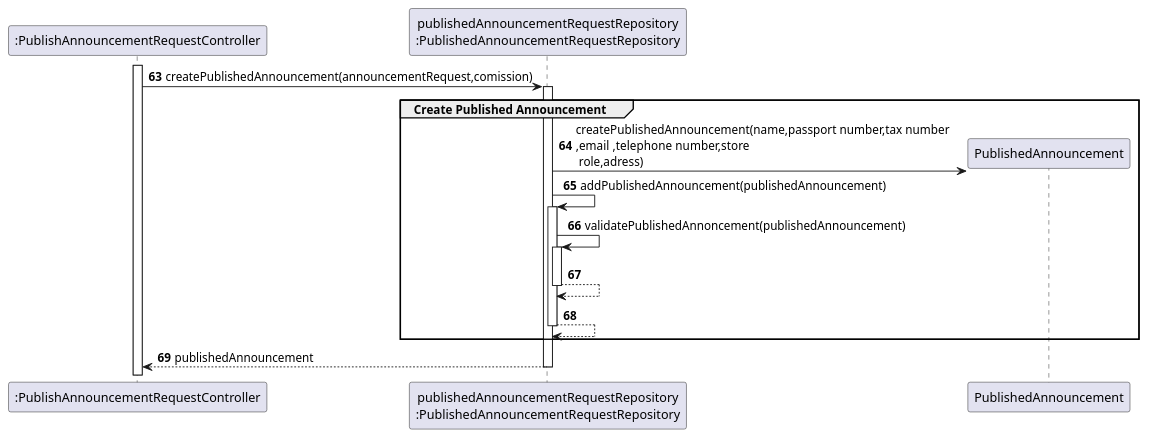
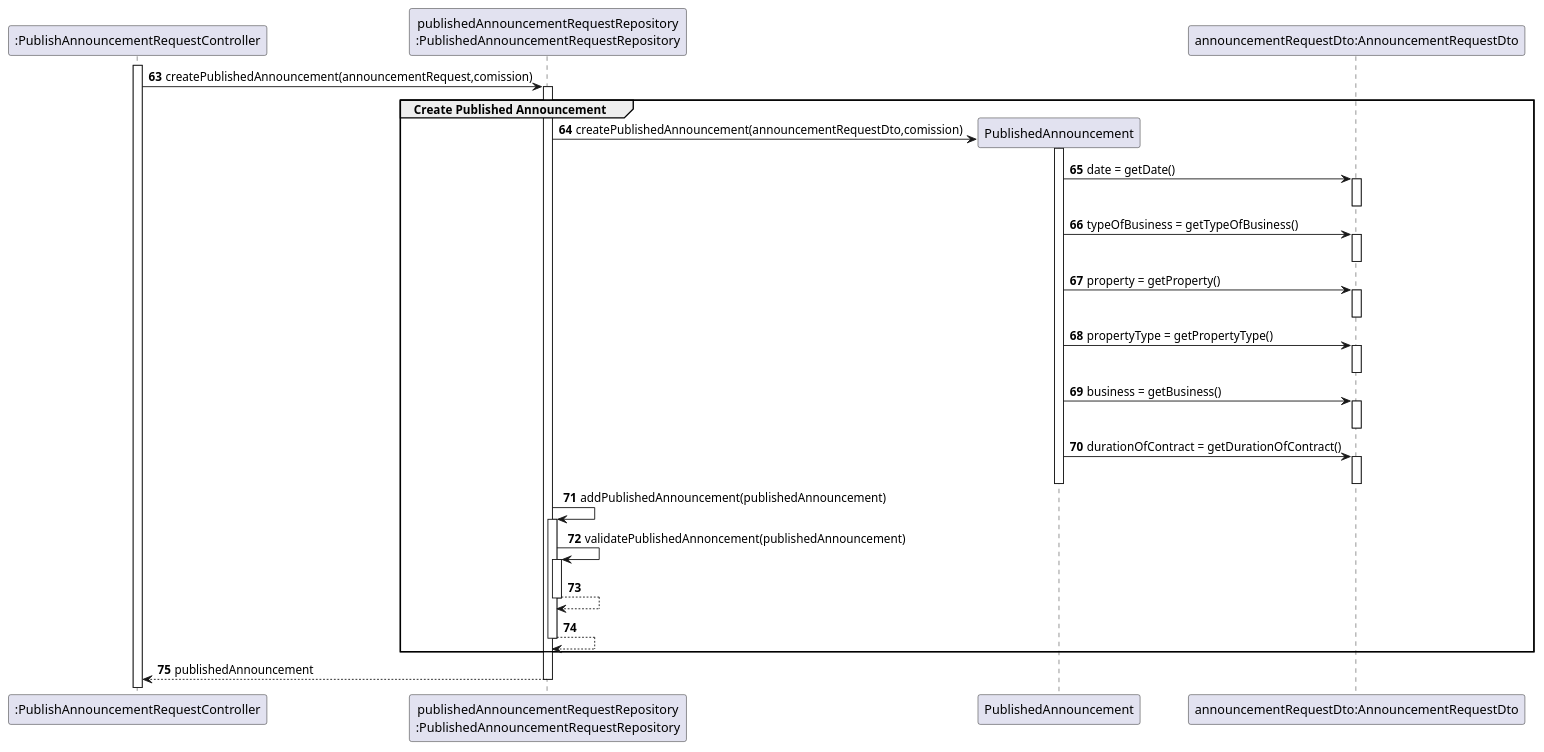
One commit to PureNimble/ISEP-LAPR2 changed the diagram in docs/sprintC/US08/03.design/puml/us08-sequence-diagram-partial-createPublishedAnnouncement.puml. Above: the diagram before and after it, drawn with PlantUML. The commit also changed 9 other files, not shown here.

First line of the commit message:
Us08- updating the class Diagram refering to the dtos and updating the some of the partial sd and the full one

```diff
--- a/docs/sprintC/US08/03.design/puml/us08-sequence-diagram-partial-createPublishedAnnouncement.puml
+++ b/docs/sprintC/US08/03.design/puml/us08-sequence-diagram-partial-createPublishedAnnouncement.puml
@@ -1,31 +1,57 @@
 @startuml
 'https://plantuml.com/sequence-diagram
 
 
 participant ":PublishAnnouncementRequestController" as PublishAnnouncementRequestController
 participant "publishedAnnouncementRequestRepository\n:PublishedAnnouncementRequestRepository" as PublishAnnouncementRepository
+participant "PublishedAnnouncement" as PublishedAnnouncement
+participant "announcementRequestDto:AnnouncementRequestDto" as AnnouncementRequestDto
+
 
 autonumber 63
 
 
 
 activate PublishAnnouncementRequestController
 
 PublishAnnouncementRequestController -> PublishAnnouncementRepository:createPublishedAnnouncement(announcementRequest,comission)
 activate PublishAnnouncementRepository
 Group Create Published Announcement
-PublishAnnouncementRepository -> PublishedAnnouncement** : createPublishedAnnouncement(name,passport number,tax number \n,email ,telephone number,store\n role,adress)
+             PublishAnnouncementRepository -> PublishedAnnouncement** : createPublishedAnnouncement(announcementRequestDto,comission)
+             activate PublishedAnnouncement
+             PublishedAnnouncement -> AnnouncementRequestDto:date = getDate()
+             activate AnnouncementRequestDto
+             deactivate AnnouncementRequestDto
+             PublishedAnnouncement -> AnnouncementRequestDto:typeOfBusiness = getTypeOfBusiness()
+             activate AnnouncementRequestDto
+             deactivate AnnouncementRequestDto
+             PublishedAnnouncement -> AnnouncementRequestDto:property = getProperty()
+             activate AnnouncementRequestDto
+             deactivate AnnouncementRequestDto
+             PublishedAnnouncement -> AnnouncementRequestDto:propertyType = getPropertyType()
+             activate AnnouncementRequestDto
+             deactivate AnnouncementRequestDto
+             PublishedAnnouncement -> AnnouncementRequestDto:business = getBusiness()
+             activate AnnouncementRequestDto
+             deactivate AnnouncementRequestDto
+             PublishedAnnouncement -> AnnouncementRequestDto:durationOfContract = getDurationOfContract()
+             activate AnnouncementRequestDto
+             deactivate AnnouncementRequestDto
+
+
+deactivate PublishedAnnouncement
+
              PublishAnnouncementRepository -> PublishAnnouncementRepository : addPublishedAnnouncement(publishedAnnouncement)
              activate PublishAnnouncementRepository
              PublishAnnouncementRepository -> PublishAnnouncementRepository : validatePublishedAnnoncement(publishedAnnouncement)
               activate PublishAnnouncementRepository
                PublishAnnouncementRepository --> PublishAnnouncementRepository
                deactivate PublishAnnouncementRepository
                 PublishAnnouncementRepository--> PublishAnnouncementRepository
                 deactivate PublishAnnouncementRepository
 end
 
 PublishAnnouncementRepository --> PublishAnnouncementRequestController:publishedAnnouncement
 deactivate PublishAnnouncementRepository
 
 @enduml
```
